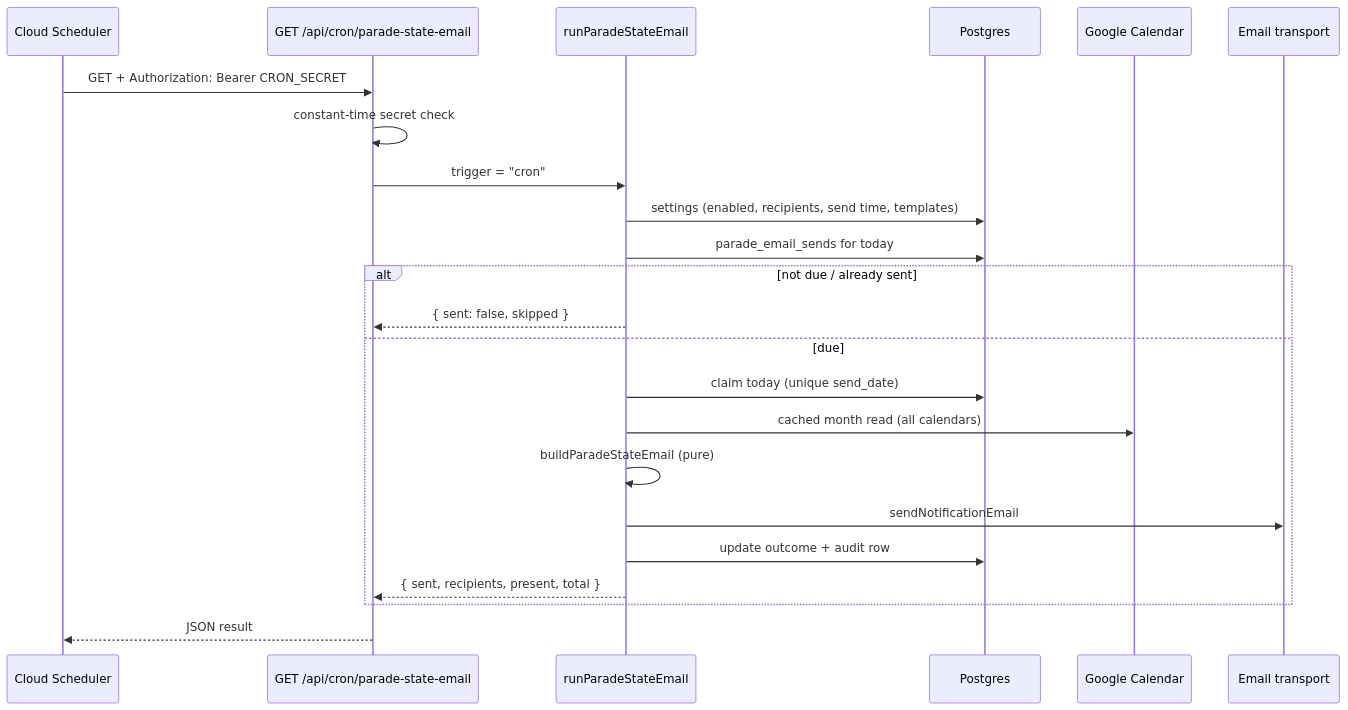
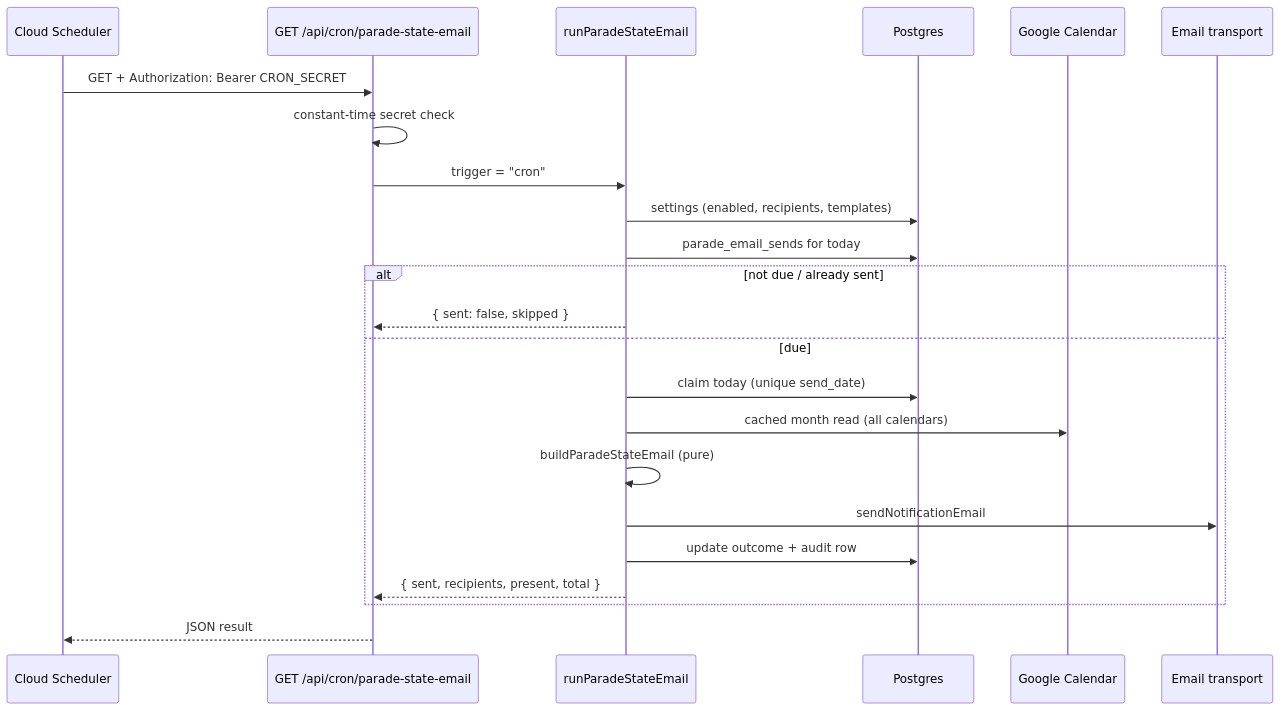
Before and after one commit to oncloudnintynineone-source/cloudy2: the first of 2 diagrams in docs/parade-state-email.md, drawn with Mermaid. The commit also changed other lines of this file and 18 other files, not shown here.

Commit message:
feat: fix parade-state email to a weekday 08:00 schedule; drop in-app send time

````diff
--- a/docs/parade-state-email.md
+++ b/docs/parade-state-email.md
@@ -22,25 +22,25 @@
 ```mermaid
 sequenceDiagram
  participant S as Cloud Scheduler
  participant R as GET /api/cron/parade-state-email
  participant D as runParadeStateEmail
  participant DB as Postgres
  participant G as Google Calendar
  participant M as Email transport
  S->>R: GET + Authorization: Bearer CRON_SECRET
  R->>R: constant-time secret check
  R->>D: trigger = "cron"
- D->>DB: settings (enabled, recipients, send time, templates)
+ D->>DB: settings (enabled, recipients, templates)
  D->>DB: parade_email_sends for today
  alt not due / already sent
   D-->>R: { sent: false, skipped }
  else due
   D->>DB: claim today (unique send_date)
   D->>G: cached month read (all calendars)
   D->>D: buildParadeStateEmail (pure)
   D->>M: sendNotificationEmail
   D->>DB: update outcome + audit row
   D-->>R: { sent, recipients, present, total }
  end
  R-->>S: JSON result
 ```
````
